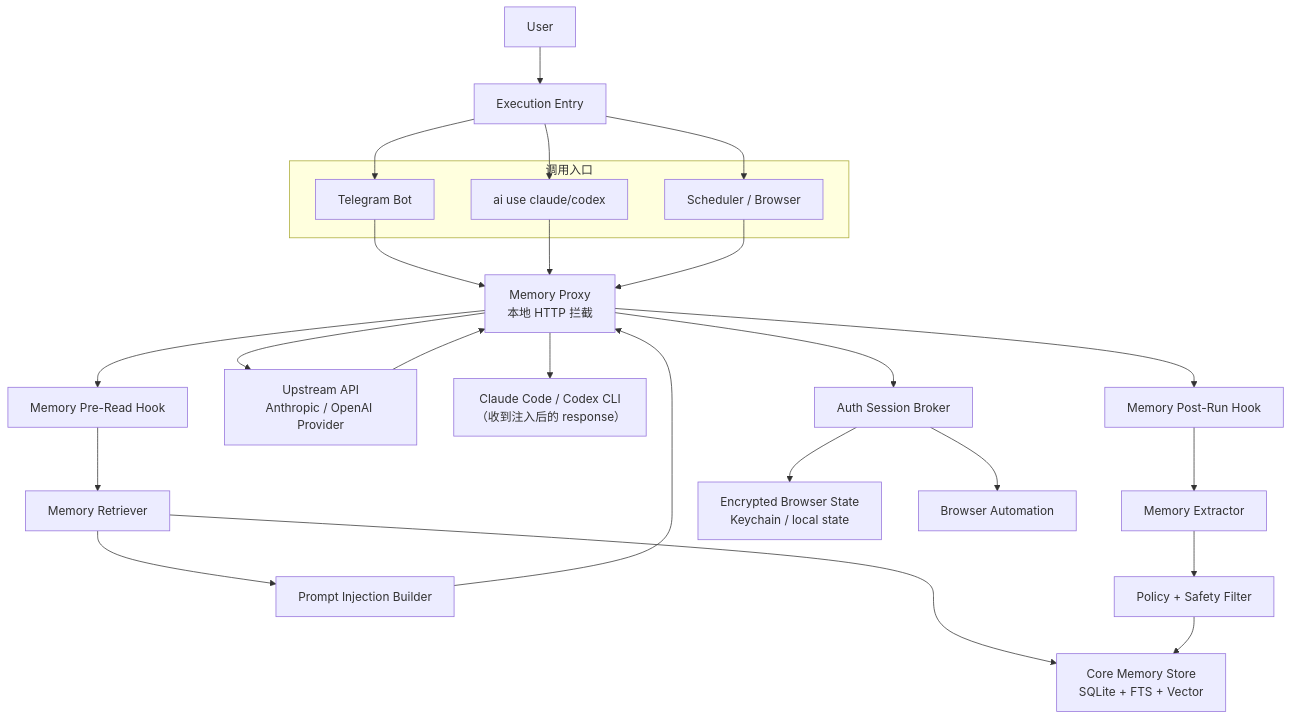
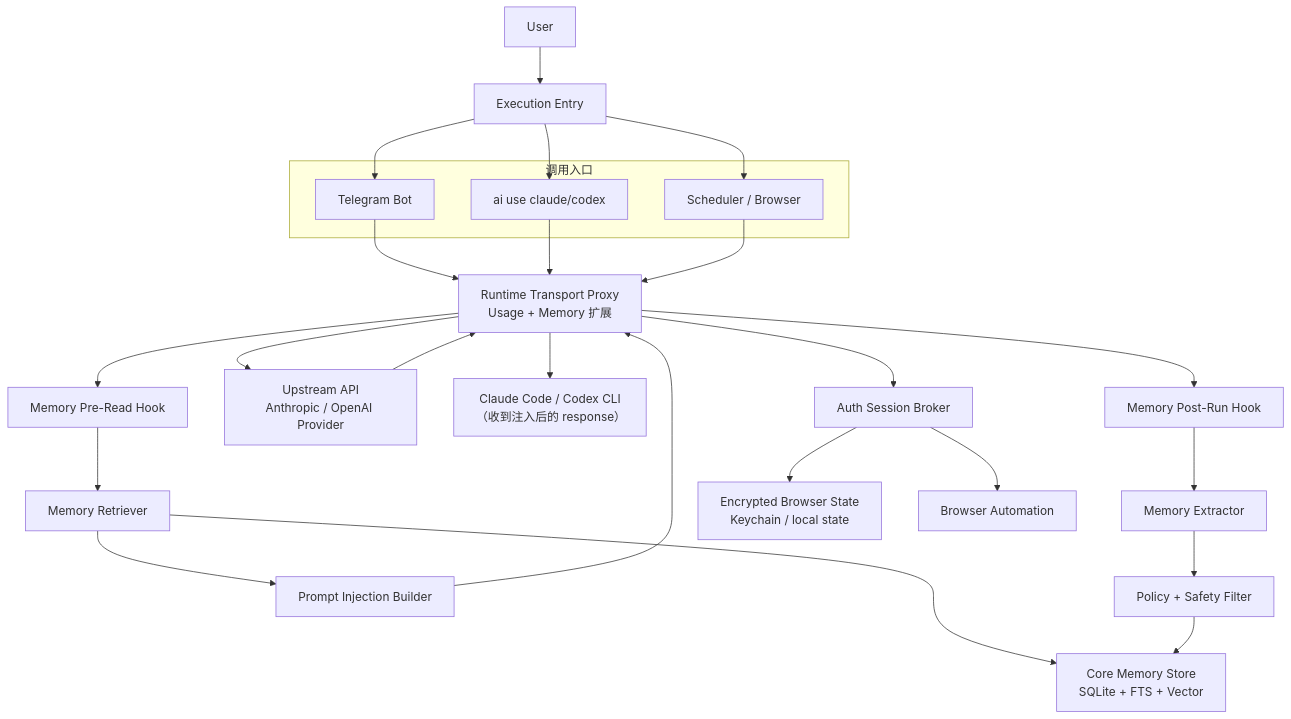
The first of 6 diagrams in docs/memory-system-spec.md (linlangli/AxiomRuntime), drawn with Mermaid before and after one commit. The commit also changed other lines of this file and 13 other files, not shown here.

````diff
--- a/docs/memory-system-spec.md
+++ b/docs/memory-system-spec.md
@@ -85,37 +210,37 @@
 ```mermaid
 flowchart TD
   User["User"] --> Entry["Execution Entry"]
 
   subgraph Entries["调用入口"]
     Telegram["Telegram Bot"]
     CliUse["ai use claude/codex"]
     Future["Scheduler / Browser"]
   end
 
   Entry --> Telegram
   Entry --> CliUse
   Entry --> Future
 
-  Telegram --> Proxy["Memory Proxy<br/>本地 HTTP 拦截"]
+  Telegram --> Proxy["Runtime Transport Proxy<br/>Usage + Memory 扩展"]
   CliUse --> Proxy
   Future --> Proxy
 
   Proxy --> PreRead["Memory Pre-Read Hook"]
   PreRead --> Retriever["Memory Retriever"]
   Retriever --> MemoryStore["Core Memory Store<br/>SQLite + FTS + Vector"]
   Retriever --> Injection["Prompt Injection Builder"]
 
   Injection --> Proxy
   Proxy --> UpstreamAPI["Upstream API<br/>Anthropic / OpenAI Provider"]
   UpstreamAPI --> Proxy
   Proxy --> CLI["Claude Code / Codex CLI<br/>（收到注入后的 response）"]
 
   Proxy --> PostWrite["Memory Post-Run Hook"]
   PostWrite --> Extractor["Memory Extractor"]
   Extractor --> Policy["Policy + Safety Filter"]
   Policy --> MemoryStore
 
   Proxy --> AuthBroker["Auth Session Broker"]
   AuthBroker --> BrowserState["Encrypted Browser State<br/>Keychain / local state"]
   AuthBroker --> BrowserTool["Browser Automation"]
 ```
````
